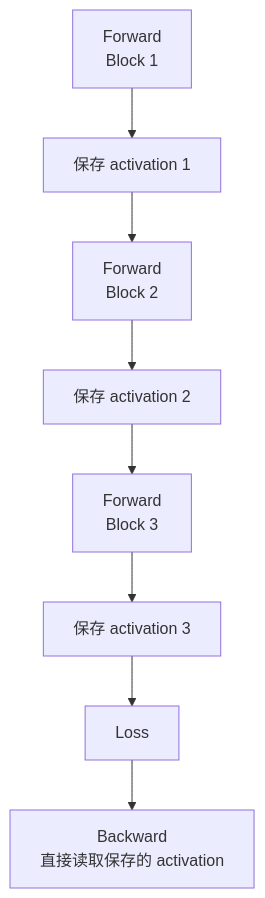
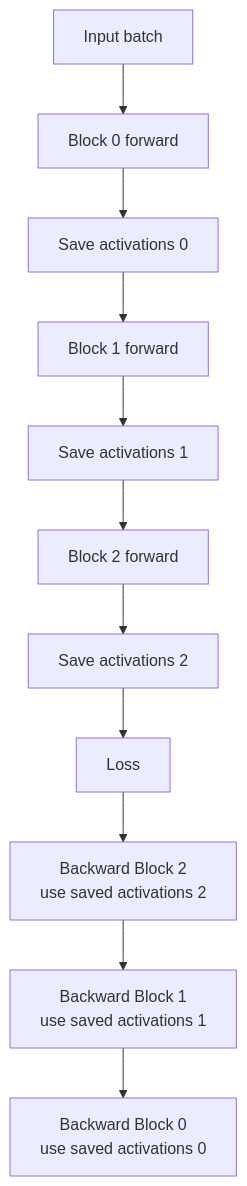
The first of 2 diagrams in docs/04-training-systems/activation-checkpointing.md (AmourSec/aikg), drawn with Mermaid before and after one commit. The commit also changed other lines of this file and 5 other files, not shown here.

````diff
--- a/docs/04-training-systems/activation-checkpointing.md
+++ b/docs/04-training-systems/activation-checkpointing.md
@@ -74,10 +132,13 @@
 ```mermaid
 flowchart TB
-    A["Forward<br/>Block 1"] --> B["保存 activation 1"]
-    B --> C["Forward<br/>Block 2"]
-    C --> D["保存 activation 2"]
-    D --> E["Forward<br/>Block 3"]
-    E --> F["保存 activation 3"]
-    F --> G["Loss"]
-    G --> H["Backward<br/>直接读取保存的 activation"]
+    A["Input batch"] --> B["Block 0 forward"]
+    B --> C["Save activations 0"]
+    C --> D["Block 1 forward"]
+    D --> E["Save activations 1"]
+    E --> F["Block 2 forward"]
+    F --> G["Save activations 2"]
+    G --> H["Loss"]
+    H --> I["Backward Block 2<br/>use saved activations 2"]
+    I --> J["Backward Block 1<br/>use saved activations 1"]
+    J --> K["Backward Block 0<br/>use saved activations 0"]
 ```
````
